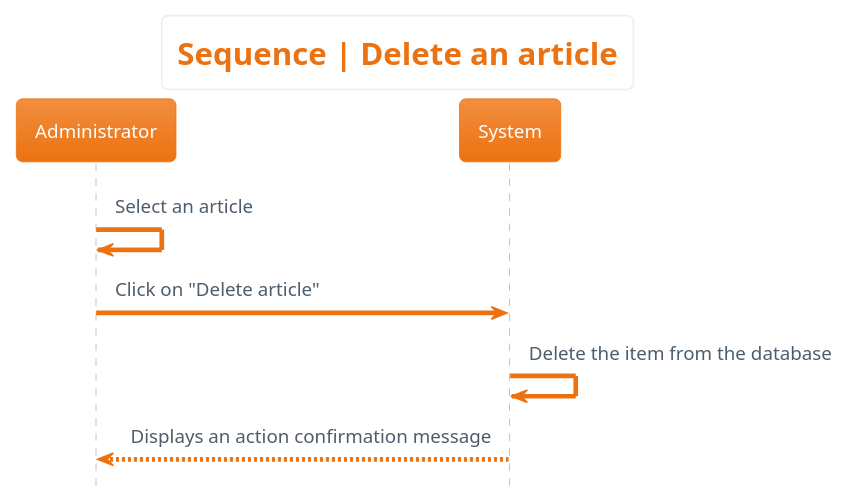
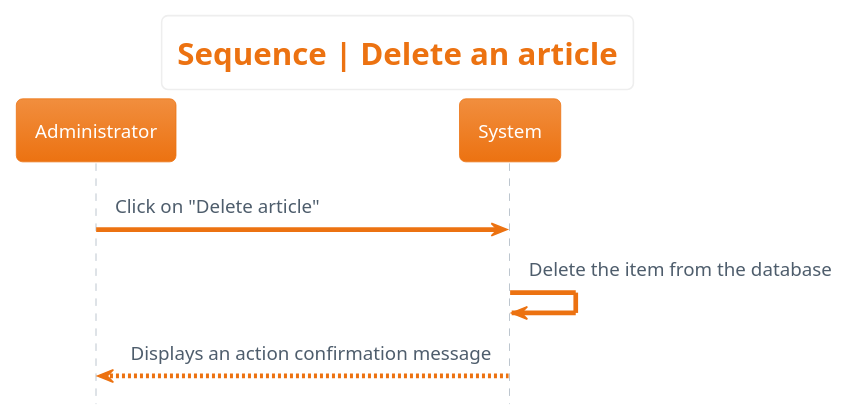
The diagram in 1_project_design/uml_diagrams/sequence/articles/delete_article/delete_article.plantuml (sebastien-d-me/SebBlog), drawn with PlantUML before and after one commit. The commit also changed 59 other files, not shown here.

First line of the commit message:
📝 Update the diagrams

```diff
--- a/1_project_design/uml_diagrams/sequence/articles/delete_article/delete_article.plantuml
+++ b/1_project_design/uml_diagrams/sequence/articles/delete_article/delete_article.plantuml
@@ -1,15 +1,14 @@
 @startuml sequence__delete_article
 hide footbox
 skinparam actorStyle awesome
 !theme aws-orange
 skinparam backgroundcolor White
 
 'Titre'
 title Sequence | Delete an article
 
 'Déroulement'
-Administrator -> Administrator : Select an article
 Administrator -> System : Click on "Delete article"
 System -> System : Delete the item from the database
 System --> Administrator: Displays an action confirmation message
 @enduml
```
